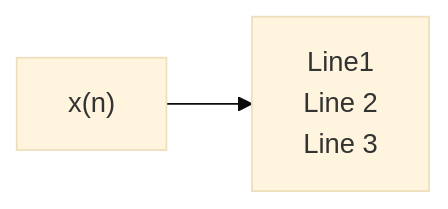
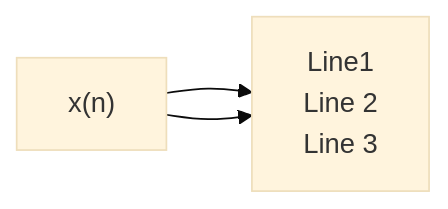
The diagram in README.md (valiha-com/dasp_tutorial), drawn with Mermaid (base theme) before and after one commit.

````diff
--- a/README.md
+++ b/README.md
@@ -62,9 +62,9 @@
 ```mermaid
 %%{init: {"flowchart": {"htmlLabels": false}} }%%
 flowchart LR
-    markdown["  x(n)  "]
+    markdown["  x(n)  "] -->
     newLines["`Line1
     Line 2
     Line 3`"]
     markdown["`  x(n)  `"] --> newLines
 ```
````
